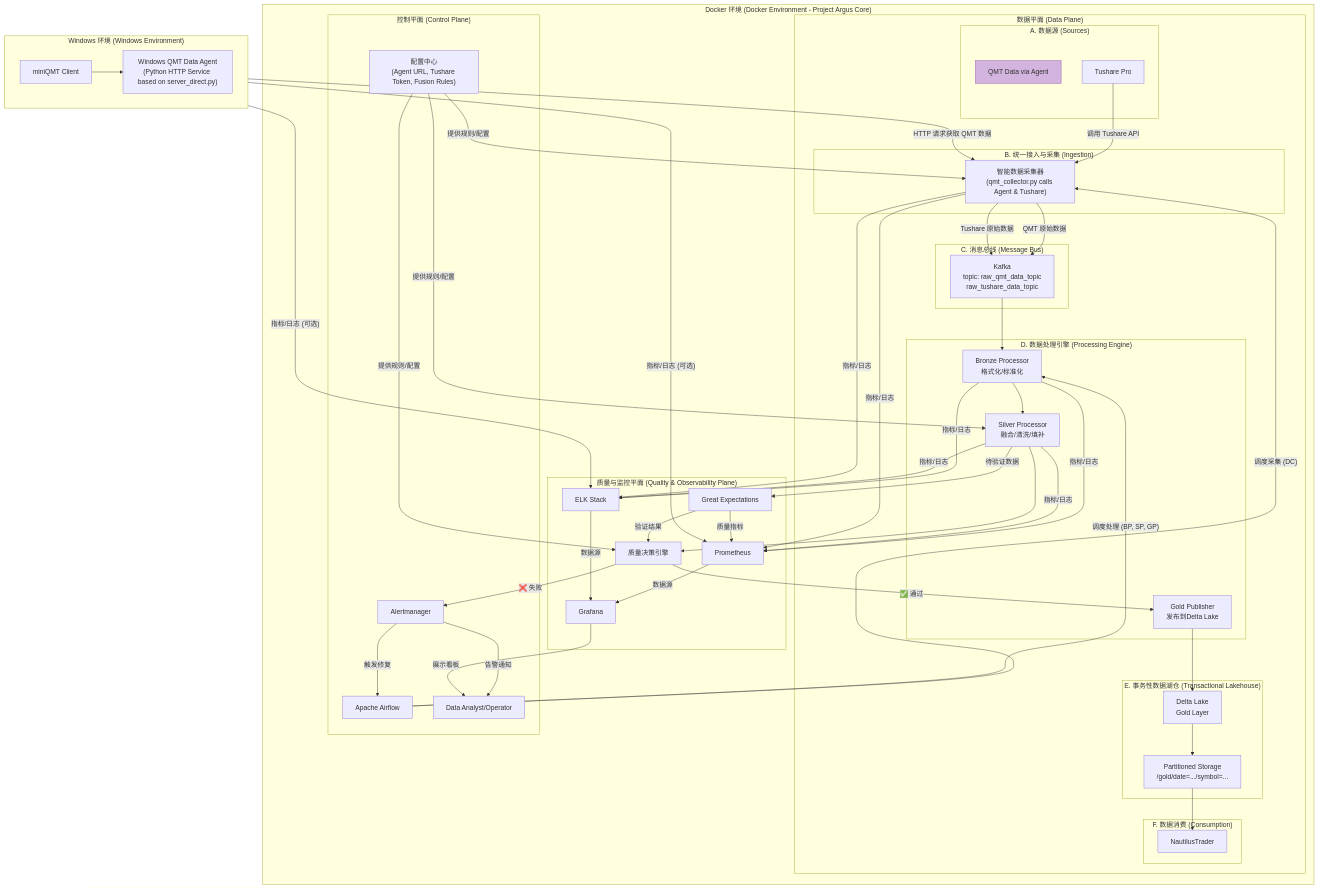
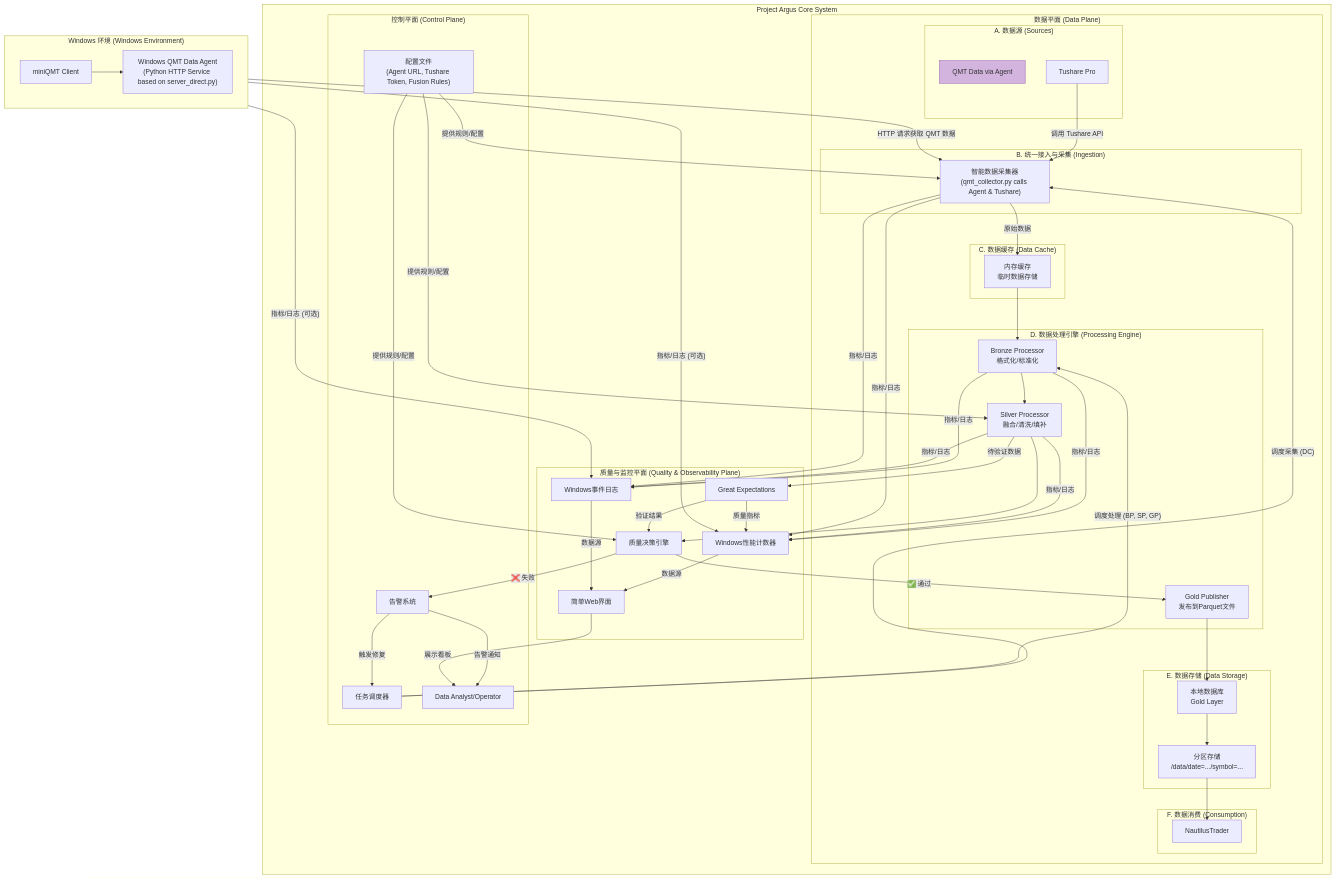
Before and after one commit to jiaenyue/project-argus-qmt-agent: the diagram in argus-doc/system_design.md, drawn with Mermaid. The commit also changed other lines of this file and 340 other files, not shown here.

````diff
--- a/argus-doc/system_design.md
+++ b/argus-doc/system_design.md
@@ -23,7 +23,7 @@
         WIN_QMT --> WIN_AGENT
     end
 
-    subgraph "Docker 环境 (Docker Environment - Project Argus Core)"
+    subgraph "Project Argus Core System"
         subgraph "数据平面 (Data Plane)"
             subgraph "A. 数据源 (Sources)"
                 DS_AGENT["QMT Data via Agent"]
@@ -35,19 +35,19 @@
                 DC["智能数据采集器\n(qmt_collector.py calls Agent & Tushare)"]
             end
 
-            subgraph "C. 消息总线 (Message Bus)"
-                KAFKA["Kafka\ntopic: raw_qmt_data_topic\nraw_tushare_data_topic"]
+            subgraph "C. 数据缓存 (Data Cache)"
+                CACHE["内存缓存\n临时数据存储"]
             end
 
             subgraph "D. 数据处理引擎 (Processing Engine)"
                 BP["Bronze Processor\n格式化/标准化"]
                 SP["Silver Processor\n融合/清洗/填补"]
-                GP["Gold Publisher\n发布到Delta Lake"]
+                GP["Gold Publisher\n发布到Parquet文件"]
             end
 
-            subgraph "E. 事务性数据湖仓 (Transactional Lakehouse)"
-                DL["Delta Lake\nGold Layer"]
-                PART["Partitioned Storage\n/gold/date=.../symbol=..."]
+            subgraph "E. 数据存储 (Data Storage)"
+                DB["本地数据库\nGold Layer"]
+                PART["分区存储\n/data/date=.../symbol=..."]
             end
 
             subgraph "F. 数据消费 (Consumption)"
@@ -56,58 +56,57 @@
         end
 
         subgraph "控制平面 (Control Plane)"
-            AIRFLOW["Apache Airflow"]
-            CONFIG["配置中心\n(Agent URL, Tushare Token, Fusion Rules)"]
-            ALERT["Alertmanager"]
+            SCHEDULER["任务调度器"]
+            CONFIG["配置文件\n(Agent URL, Tushare Token, Fusion Rules)"]
+            ALERT["告警系统"]
             USER["Data Analyst/Operator"]
         end
 
         subgraph "质量与监控平面 (Quality & Observability Plane)"
             QDE["质量决策引擎"]
             GE["Great Expectations"]
-            PROM["Prometheus"]
-            GRA["Grafana"]
-            ELK["ELK Stack"]
+            PERF["Windows性能计数器"]
+             WEB["简单Web界面"]
+            LOG["Windows事件日志"]
         end
     end
 
     %% Data Flow
     WIN_AGENT -- "HTTP 请求获取 QMT 数据" --> DC
     DS2       -- "调用 Tushare API" --> DC
-    DC        -- "QMT 原始数据" --> KAFKA
-    DC        -- "Tushare 原始数据" --> KAFKA
-    KAFKA     --> BP
+    DC        -- "原始数据" --> CACHE
+    CACHE     --> BP
     BP        --> SP
     SP        --> QDE
     QDE       -- "✅ 通过" --> GP
-    GP        --> DL
-    DL        --> PART
+    GP        --> DB
+    DB        --> PART
     PART      --> NT
 
     %% Control Flow
     CONFIG    -- "提供规则/配置" --> DC
     CONFIG    -- "提供规则/配置" --> SP
     CONFIG    -- "提供规则/配置" --> QDE
-    AIRFLOW   -- "调度采集 (DC)" --> DC
-    AIRFLOW   -- "调度处理 (BP, SP, GP)" --> BP
+    SCHEDULER -- "调度采集 (DC)" --> DC
+    SCHEDULER -- "调度处理 (BP, SP, GP)" --> BP
     QDE       -- "❌ 失败" --> ALERT
     ALERT     -- "告警通知" --> USER
-    ALERT     -- "触发修复" --> AIRFLOW
+    ALERT     -- "触发修复" --> SCHEDULER
 
     %% Quality & Observability Flow
     SP        -- "待验证数据" --> GE
     GE        -- "验证结果" --> QDE
-    DC        -- "指标/日志" --> PROM
-    DC        -- "指标/日志" --> ELK
-    WIN_AGENT -- "指标/日志 (可选)" --> PROM
-    WIN_AGENT -- "指标/日志 (可选)" --> ELK
-    BP        -- "指标/日志" --> PROM
-    BP        -- "指标/日志" --> ELK
-    SP        -- "指标/日志" --> PROM
-    SP        -- "指标/日志" --> ELK
-    GE        -- "质量指标" --> PROM
-    PROM      -- "数据源" --> GRA
-    ELK       -- "数据源" --> GRA
-    GRA       -- "展示看板" --> USER
+    DC        -- "指标/日志" --> PERF
+    DC        -- "指标/日志" --> LOG
+    WIN_AGENT -- "指标/日志 (可选)" --> PERF
+    WIN_AGENT -- "指标/日志 (可选)" --> LOG
+    BP        -- "指标/日志" --> PERF
+    BP        -- "指标/日志" --> LOG
+    SP        -- "指标/日志" --> PERF
+    SP        -- "指标/日志" --> LOG
+    GE        -- "质量指标" --> PERF
+    PERF      -- "数据源" --> WEB
+    LOG       -- "数据源" --> WEB
+    WEB       -- "展示看板" --> USER
 
 ```
````
